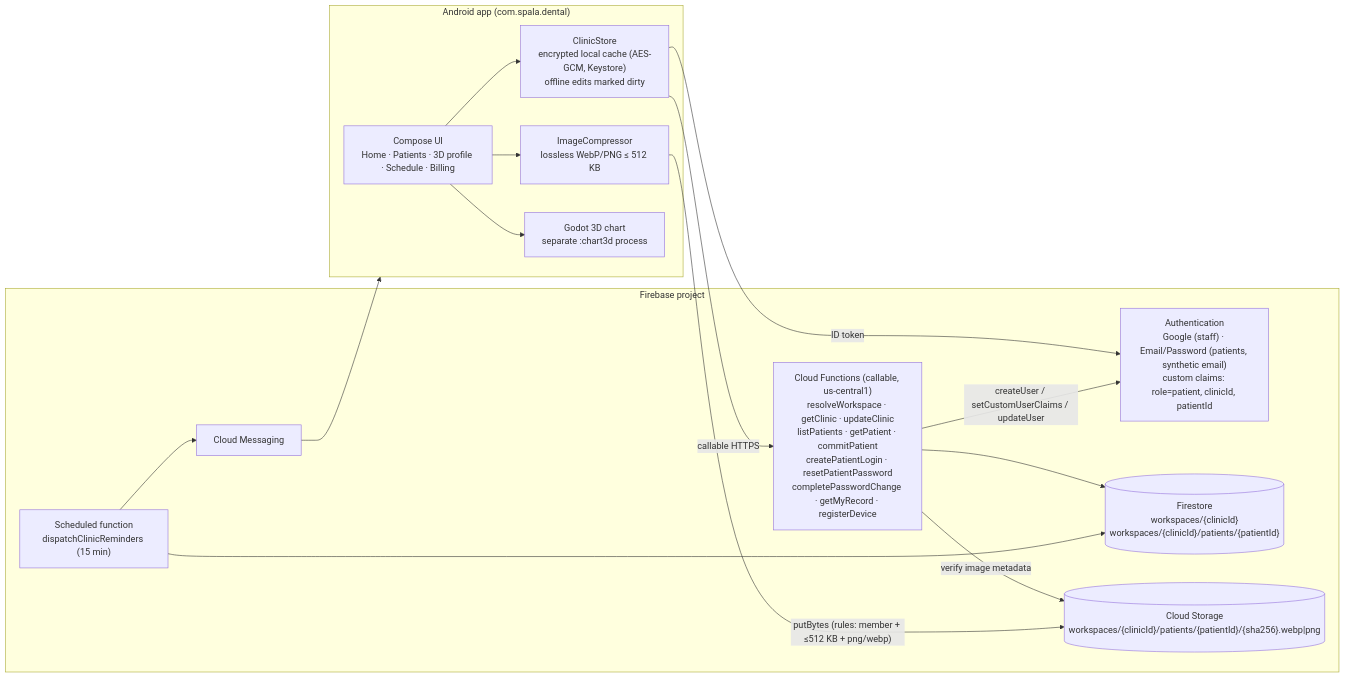
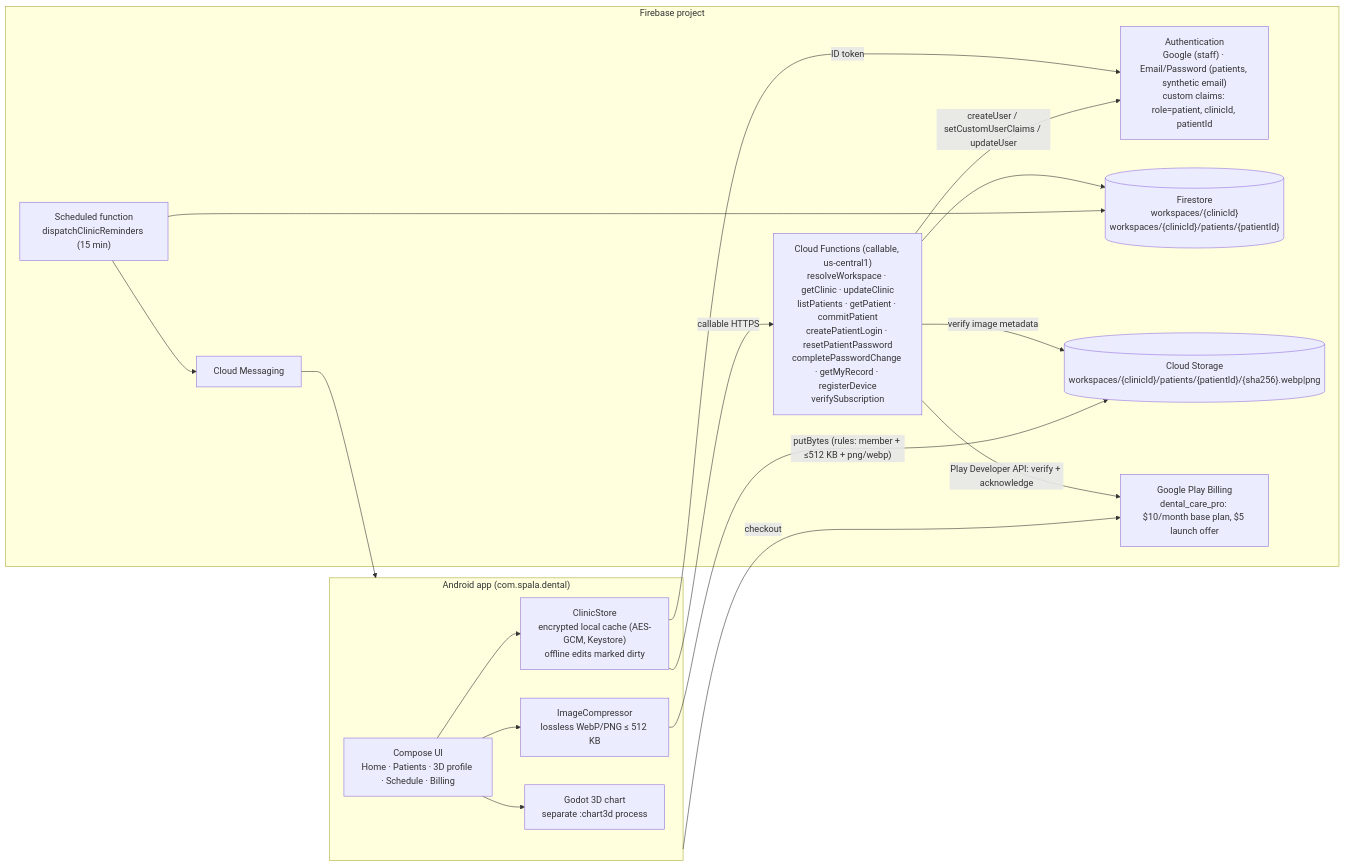
Before and after one commit to arifincsebuet/Dental: the first of 6 diagrams in Docs/firebase_architecture.md, drawn with Mermaid. The commit also changed other lines of this file and 8 other files, not shown here.

First line of the commit message:
Add clinic subscription: $10/month with $5 launch offer via Google Play

````diff
--- a/Docs/firebase_architecture.md
+++ b/Docs/firebase_architecture.md
@@ -17,30 +17,33 @@
 ```mermaid
 flowchart LR
   subgraph Android["Android app (com.spala.dental)"]
     UI["Compose UI<br/>Home · Patients · 3D profile · Schedule · Billing"]
     Store["ClinicStore<br/>encrypted local cache (AES-GCM, Keystore)<br/>offline edits marked dirty"]
     Img["ImageCompressor<br/>lossless WebP/PNG ≤ 512 KB"]
     G3D["Godot 3D chart<br/>separate :chart3d process"]
     UI --> Store
     UI --> G3D
     UI --> Img
   end
 
   subgraph Firebase["Firebase project"]
     Auth["Authentication<br/>Google (staff) · Email/Password (patients, synthetic email)<br/>custom claims: role=patient, clinicId, patientId"]
-    Fn["Cloud Functions (callable, us-central1)<br/>resolveWorkspace · getClinic · updateClinic<br/>listPatients · getPatient · commitPatient<br/>createPatientLogin · resetPatientPassword<br/>completePasswordChange · getMyRecord · registerDevice"]
+    Fn["Cloud Functions (callable, us-central1)<br/>resolveWorkspace · getClinic · updateClinic<br/>listPatients · getPatient · commitPatient<br/>createPatientLogin · resetPatientPassword<br/>completePasswordChange · getMyRecord · registerDevice<br/>verifySubscription"]
     FS[("Firestore<br/>workspaces/{clinicId}<br/>workspaces/{clinicId}/patients/{patientId}")]
     ST[("Cloud Storage<br/>workspaces/{clinicId}/patients/{patientId}/{sha256}.webp|png")]
+    Play["Google Play Billing<br/>dental_care_pro: $10/month base plan, $5 launch offer"]
     Sch["Scheduled function<br/>dispatchClinicReminders (15 min)"]
     FCM["Cloud Messaging"]
   end
 
   Store -- "ID token" --> Auth
   Store -- "callable HTTPS" --> Fn
   Fn --> FS
   Fn -- "verify image metadata" --> ST
   Img -- "putBytes (rules: member + ≤512 KB + png/webp)" --> ST
+  Android -- "checkout" --> Play
+  Fn -- "Play Developer API: verify + acknowledge" --> Play
   Sch --> FS
   Sch --> FCM --> Android
   Fn -- "createUser / setCustomUserClaims / updateUser" --> Auth
 ```
````
